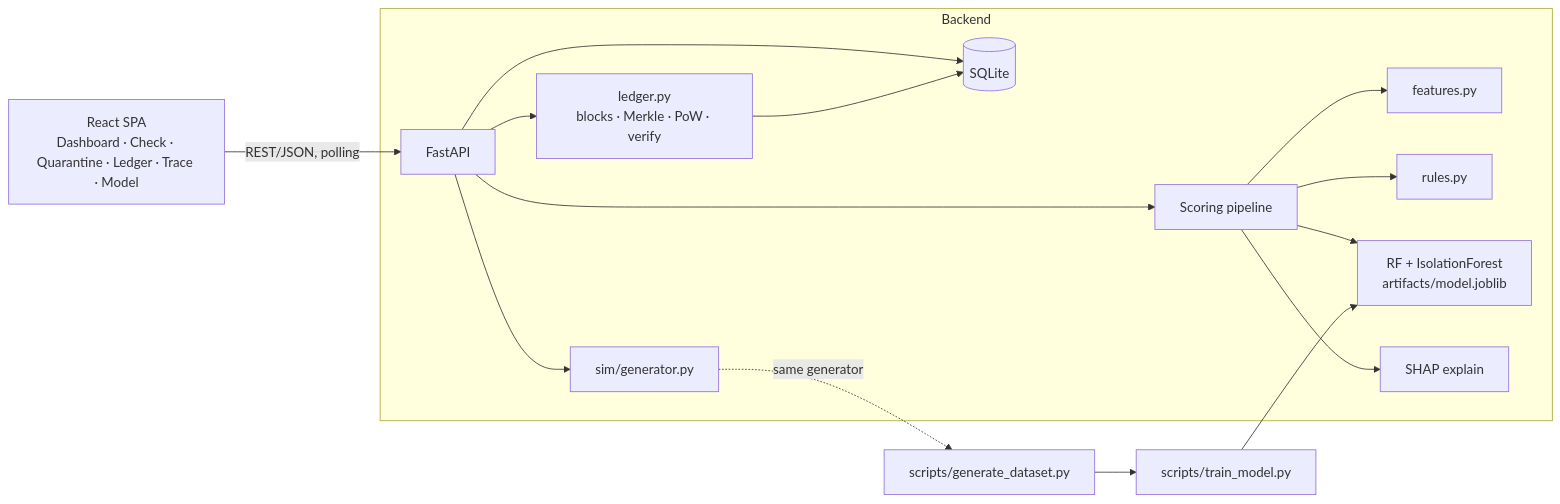
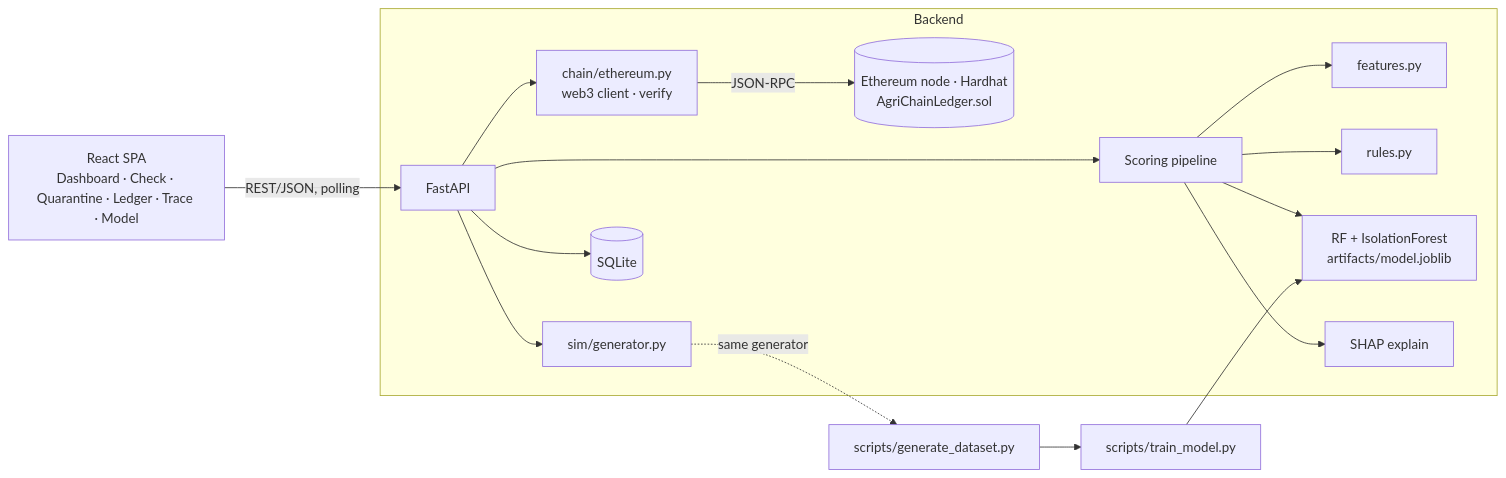
One commit to quantumKeyboard/AgriChain changed the diagram in DESIGN.md. Above: the diagram before and after it, drawn with Mermaid. The commit also changed other lines of this file and 61 other files, not shown here.

First line of the commit message:
Replace simulated ledger with a Solidity smart contract on Ethereum

````diff
--- a/DESIGN.md
+++ b/DESIGN.md
@@ -107,18 +107,18 @@
 ```mermaid
 flowchart LR
   UI[React SPA<br/>Dashboard · Check · Quarantine · Ledger · Trace · Model] -->|REST/JSON, polling| API[FastAPI]
   subgraph Backend
     API --> PIPE[Scoring pipeline]
     PIPE --> FEAT[features.py]
     PIPE --> RULES[rules.py]
     PIPE --> ML[RF + IsolationForest<br/>artifacts/model.joblib]
     PIPE --> EXPL[SHAP explain]
-    API --> LEDGER[ledger.py<br/>blocks · Merkle · PoW · verify]
+    API --> LEDGER[chain/ethereum.py<br/>web3 client · verify]
     API --> SIM[sim/generator.py]
     API --> DB[(SQLite)]
-    LEDGER --> DB
+    LEDGER -->|JSON-RPC| ETH[(Ethereum node · Hardhat<br/>AgriChainLedger.sol)]
   end
   TRAIN[scripts/train_model.py] --> ML
   GEN[scripts/generate_dataset.py] --> TRAIN
   SIM -.same generator.-> GEN
 ```
````
